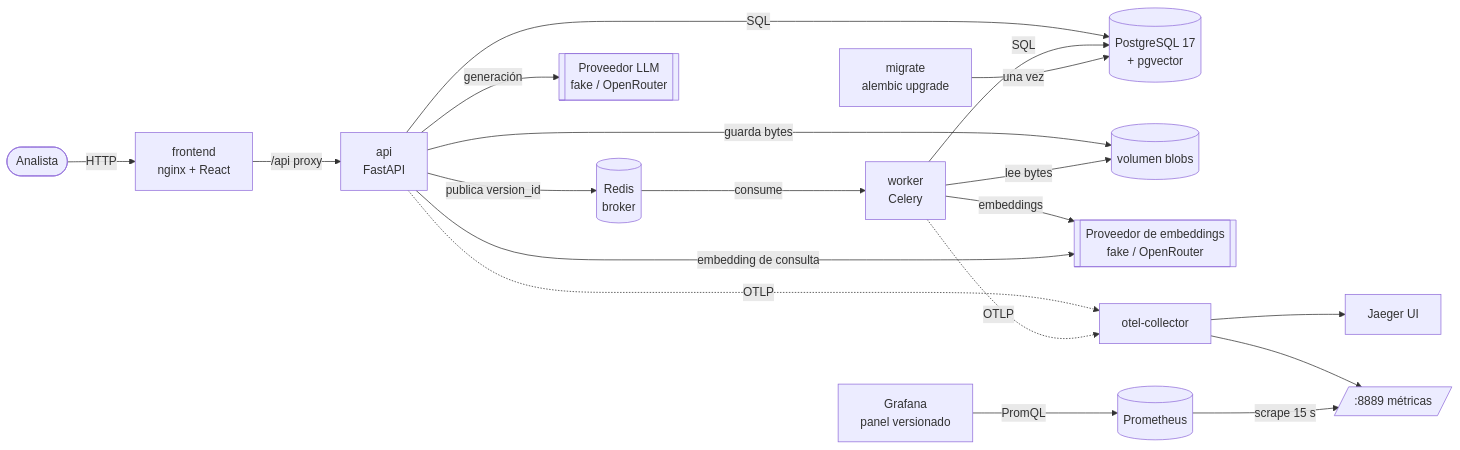
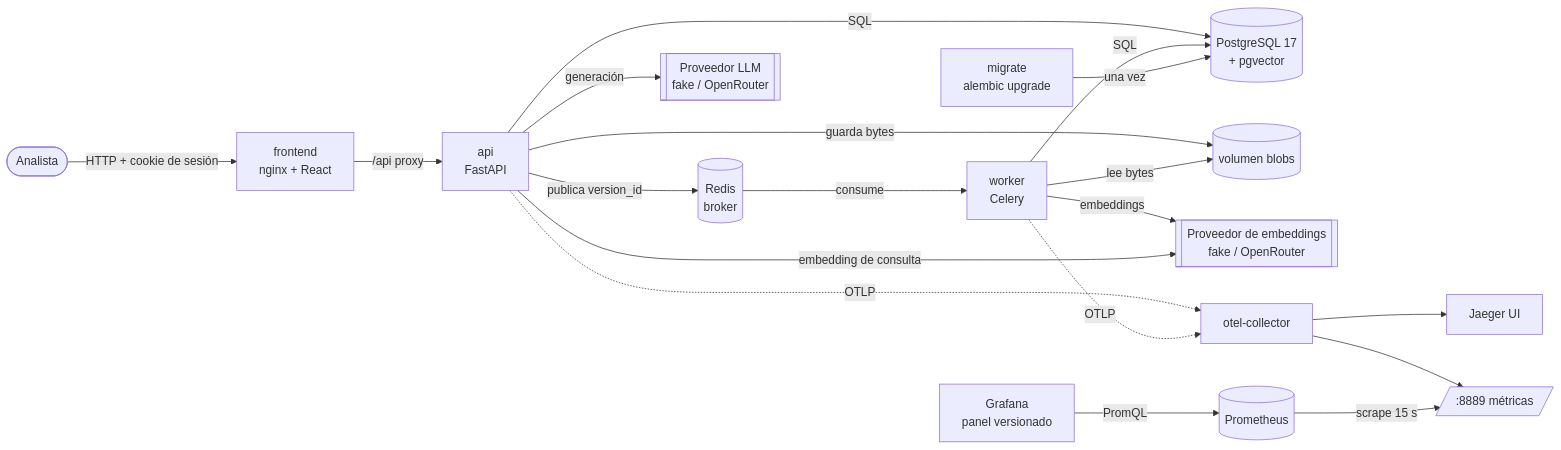
The first of 7 diagrams in docs/architecture.md (alayoalex/NorteLegalRAG), drawn with Mermaid before and after one commit. The commit also changed other lines of this file and 39 other files, not shown here.

````diff
--- a/docs/architecture.md
+++ b/docs/architecture.md
@@ -7,21 +7,21 @@
 ```mermaid
 flowchart LR
-    user([Analista]) -->|HTTP| fe[frontend<br/>nginx + React]
+    user([Analista]) -->|HTTP + cookie de sesión| fe[frontend<br/>nginx + React]
     fe -->|/api proxy| api[api<br/>FastAPI]
     api -->|SQL| pg[(PostgreSQL 17<br/>+ pgvector)]
     api -->|publica version_id| redis[(Redis<br/>broker)]
     api -->|guarda bytes| blobs[(volumen blobs)]
     redis -->|consume| worker[worker<br/>Celery]
     worker -->|lee bytes| blobs
     worker -->|SQL| pg
     worker -->|embeddings| emb[[Proveedor de embeddings<br/>fake / OpenRouter]]
     api -->|embedding de consulta| emb
     api -->|generación| llm[[Proveedor LLM<br/>fake / OpenRouter]]
     api -. OTLP .-> otel[otel-collector]
     worker -. OTLP .-> otel
     otel --> jaeger[Jaeger UI]
     otel --> scrape[/:8889 métricas/]
     prom[(Prometheus)] -->|scrape 15 s| scrape
     grafana[Grafana<br/>panel versionado] -->|PromQL| prom
     migrate[migrate<br/>alembic upgrade] -->|una vez| pg
 ```
````
